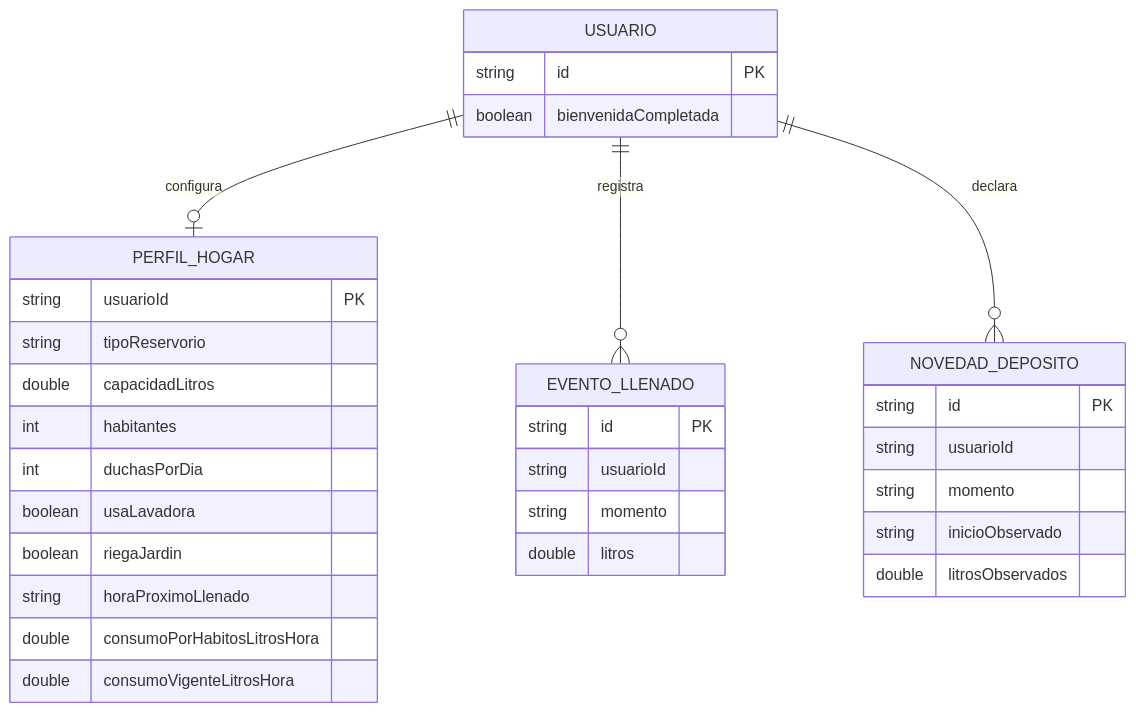
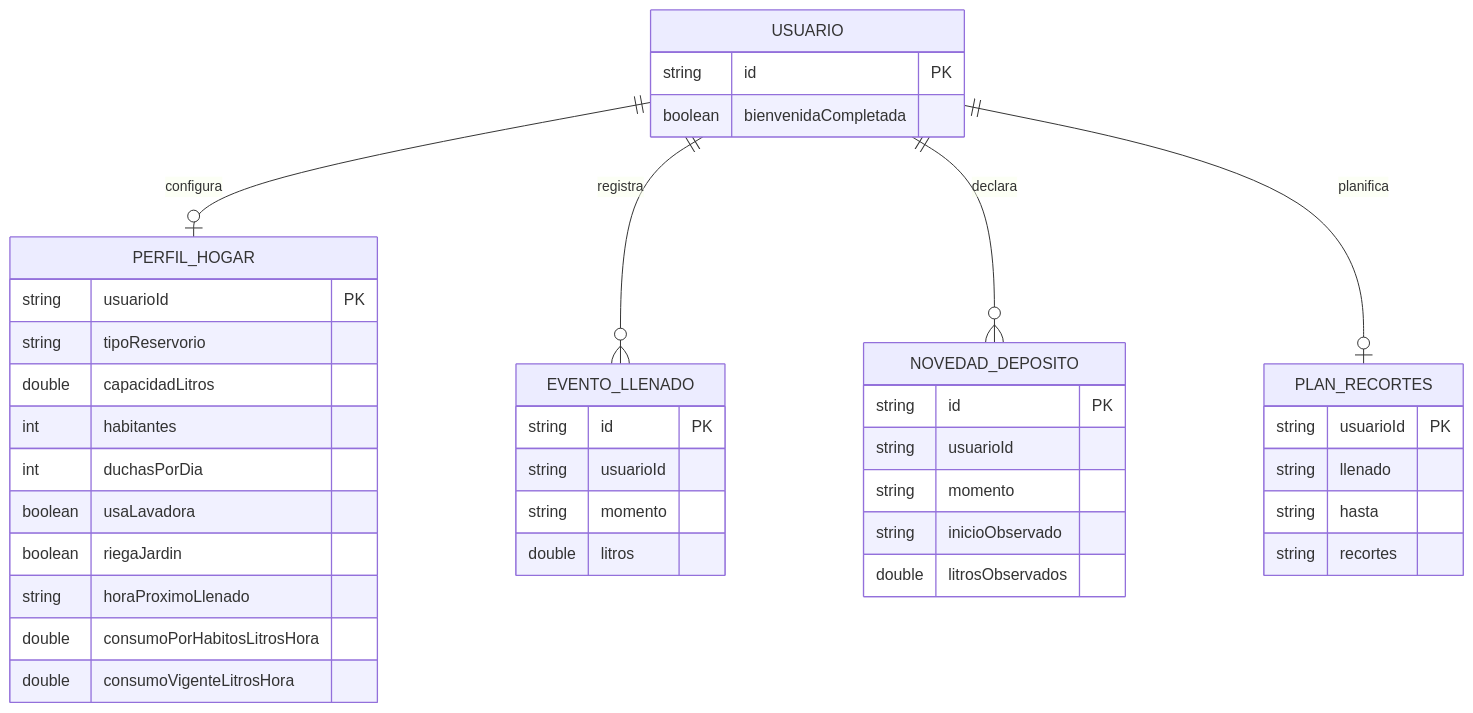
Diagram 14 of 18 in informes/FD04-SAD.md (IkerASierraR/AguardApp), drawn with Mermaid before and after one commit. The commit also changed other lines of this file and 21 other files, not shown here.

````diff
--- a/informes/FD04-SAD.md
+++ b/informes/FD04-SAD.md
@@ -463,36 +467,43 @@
 ```mermaid
 erDiagram
     USUARIO ||--o| PERFIL_HOGAR : configura
     USUARIO ||--o{ EVENTO_LLENADO : registra
     USUARIO ||--o{ NOVEDAD_DEPOSITO : declara
+    USUARIO ||--o| PLAN_RECORTES : planifica
 
     USUARIO {
       string id PK
       boolean bienvenidaCompletada
     }
     PERFIL_HOGAR {
       string usuarioId PK
       string tipoReservorio
       double capacidadLitros
       int habitantes
       int duchasPorDia
       boolean usaLavadora
       boolean riegaJardin
       string horaProximoLlenado
       double consumoPorHabitosLitrosHora
       double consumoVigenteLitrosHora
     }
     EVENTO_LLENADO {
       string id PK
       string usuarioId
       string momento
       double litros
     }
     NOVEDAD_DEPOSITO {
       string id PK
       string usuarioId
       string momento
       string inicioObservado
       double litrosObservados
     }
+    PLAN_RECORTES {
+      string usuarioId PK
+      string llenado
+      string hasta
+      string recortes
+    }
 ```
````
